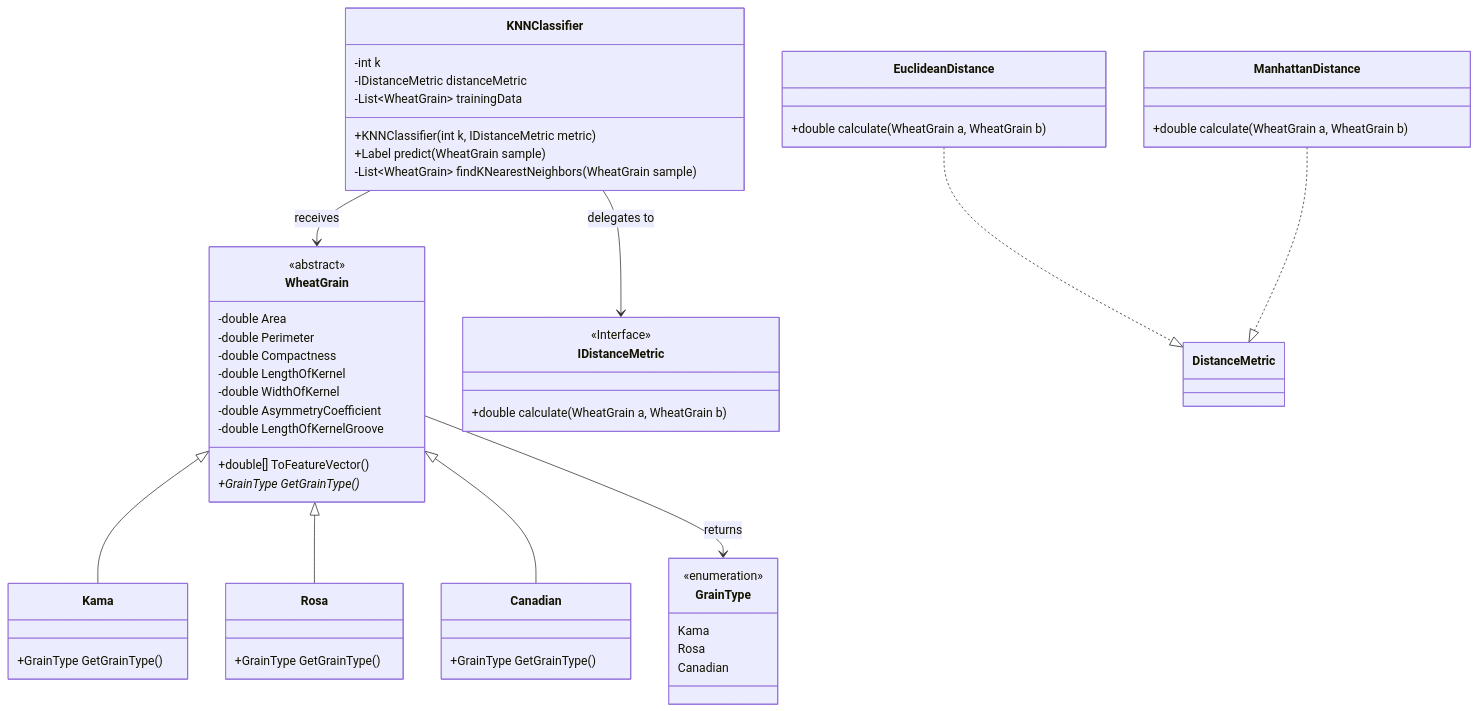
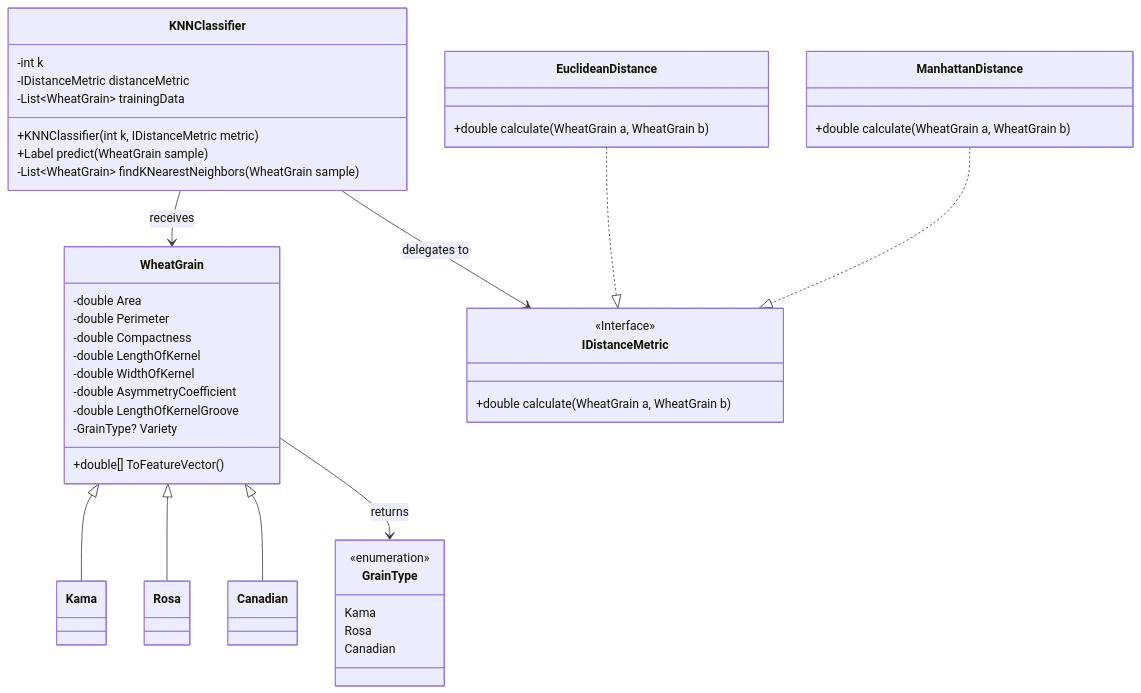
One commit to Lil-Code30/WheatGrainClassifier changed the first of 2 diagrams in README.md. Above: the diagram before and after it, drawn with Mermaid.

Commit message:
feat : k-NN classification UML model v1.1

````diff
--- a/README.md
+++ b/README.md
@@ -18,66 +18,54 @@
 ```mermaid
 classDiagram
     class KNNClassifier {
         -int k
         -IDistanceMetric distanceMetric
         -List~WheatGrain~ trainingData
         +KNNClassifier(int k, IDistanceMetric metric)
         +Label predict(WheatGrain sample)
         -List~WheatGrain~ findKNearestNeighbors(WheatGrain sample)
     }
 
     class WheatGrain {
-        <<abstract>>
         -double Area
         -double Perimeter
         -double Compactness
         -double LengthOfKernel
         -double WidthOfKernel
         -double AsymmetryCoefficient
         -double LengthOfKernelGroove
+        -GrainType? Variety
         +double[] ToFeatureVector()
-        +GrainType GetGrainType()*
-    }
-
-    class Kama {
-        +GrainType GetGrainType()
-    }
-
-    class Rosa {
-        +GrainType GetGrainType()
-    }
-
-    class Canadian {
-        +GrainType GetGrainType()
+        
     }
 
     class GrainType {
         <<enumeration>>
         Kama
         Rosa
         Canadian
     }
 
     class IDistanceMetric {
         <<Interface>>
         +double calculate(WheatGrain a, WheatGrain b)
     }
 
     class EuclideanDistance {
         +double calculate(WheatGrain a, WheatGrain b)
     }
 
     class ManhattanDistance {
         +double calculate(WheatGrain a, WheatGrain b)
     }
 
   
     KNNClassifier --> IDistanceMetric : delegates to
     KNNClassifier --> WheatGrain : receives
-    EuclideanDistance ..|> DistanceMetric
-    ManhattanDistance ..|> DistanceMetric
+    EuclideanDistance ..|> IDistanceMetric
+    ManhattanDistance ..|> IDistanceMetric
     WheatGrain <|-- Kama
     WheatGrain <|-- Rosa
     WheatGrain <|-- Canadian
     WheatGrain --> GrainType : returns
 ```
````
